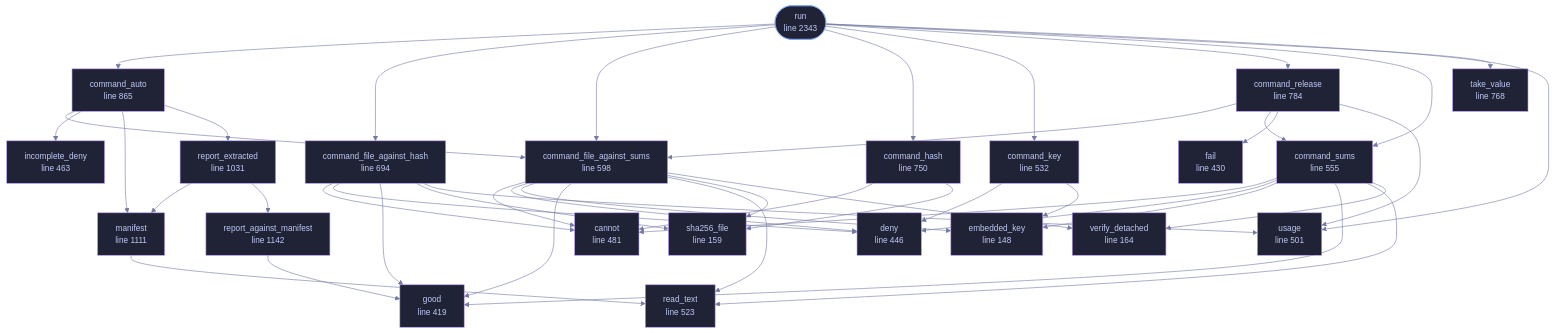
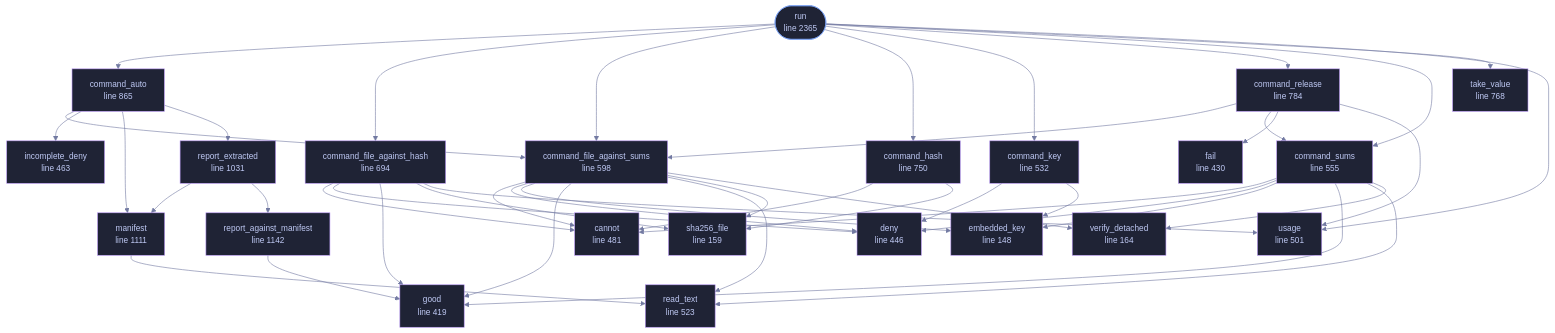
The diagram in docs/files/veilvoice-verify/lib.md (tilas01/veilvoice), drawn with Mermaid before and after one commit. The commit also changed other lines of this file and 39 other files, not shown here.

```diff
--- a/docs/files/veilvoice-verify/lib.md
+++ b/docs/files/veilvoice-verify/lib.md
@@ -140,7 +140,7 @@
     n_report_extracted["report_extracted<br/>line 1031"]
     n_manifest["manifest<br/>line 1111"]
     n_report_against_manifest["report_against_manifest<br/>line 1142"]
-    n_run(["run<br/>line 2343"])
+    n_run(["run<br/>line 2365"])
     n_command_auto --> n_command_file_against_sums
     n_command_auto --> n_incomplete_deny
     n_command_auto --> n_manifest
@@ -205,7 +205,7 @@
     click n_report_extracted href "https://github.com/tilas01/veilvoice/blob/main/crates/veilvoice-verify/src/lib.rs#L1031" "open the source"
     click n_manifest href "https://github.com/tilas01/veilvoice/blob/main/crates/veilvoice-verify/src/lib.rs#L1111" "open the source"
     click n_report_against_manifest href "https://github.com/tilas01/veilvoice/blob/main/crates/veilvoice-verify/src/lib.rs#L1142" "open the source"
-    click n_run href "https://github.com/tilas01/veilvoice/blob/main/crates/veilvoice-verify/src/lib.rs#L2343" "open the source"
+    click n_run href "https://github.com/tilas01/veilvoice/blob/main/crates/veilvoice-verify/src/lib.rs#L2365" "open the source"
     classDef entry fill:#1f2335,stroke:#7aa2f7,color:#c0caf5
     class n_run entry
     classDef helper fill:#1f2335,stroke:#bb9af7,color:#c0caf5
```
